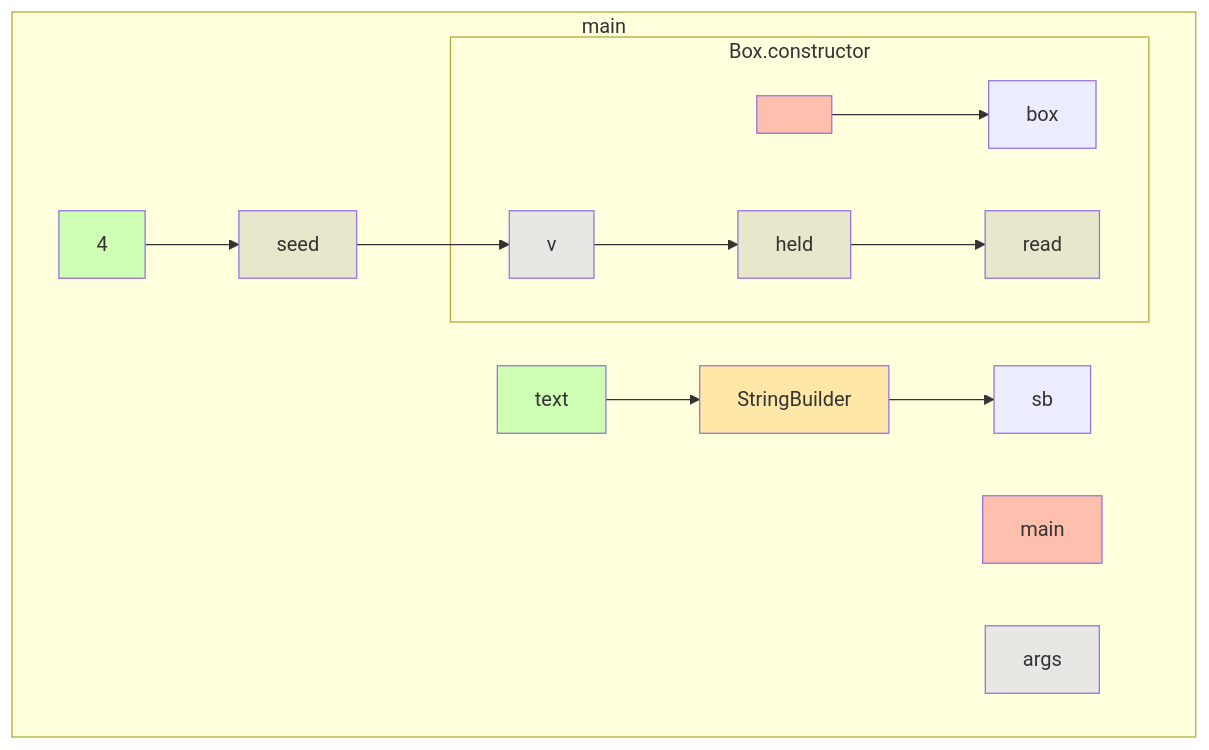
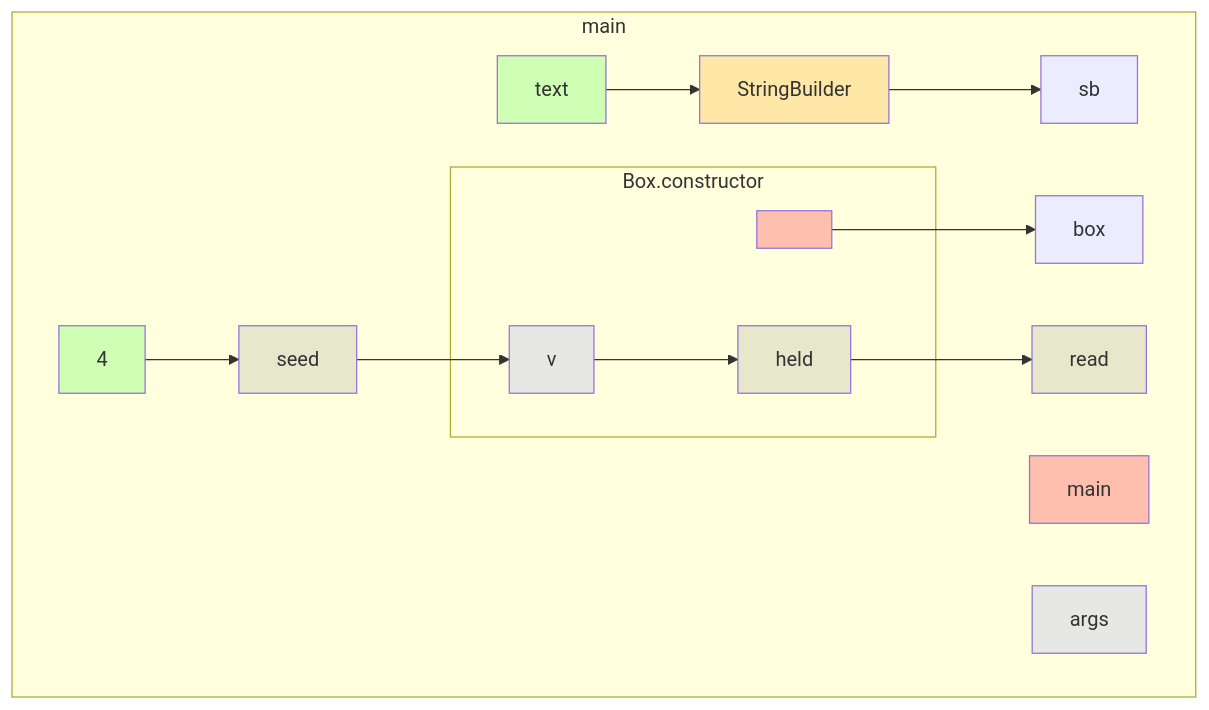
One commit to gstiebler/codeflow changed the diagram in app/src/test/resources/newObject/truth.md. Above: the diagram before and after it, drawn with Mermaid. The commit also changed 34 other files, not shown here.

````diff
--- a/app/src/test/resources/newObject/truth.md
+++ b/app/src/test/resources/newObject/truth.md
@@ -1,33 +1,33 @@
 ```mermaid
 flowchart TD
   subgraph b0["main"]
     n1[main]:::RETURN
     n2[args]:::FUNC_PARAM
     n3[4]:::LITERAL
     n4[seed]:::VARIABLE
     n9[box]:::OBJ_VARIABLE
     n10["text"]:::LITERAL
     n11[StringBuilder]:::EXTERNAL
     n12[sb]:::OBJ_VARIABLE
     n13[read]:::VARIABLE
     n3[4]:::LITERAL --> n4[seed]:::VARIABLE
     n4[seed]:::VARIABLE --> n7[v]:::FUNC_PARAM
     n10["text"]:::LITERAL --> n11[StringBuilder]:::EXTERNAL
     n11[StringBuilder]:::EXTERNAL --> n12[sb]:::OBJ_VARIABLE
+    n6[<init>]:::RETURN --> n9[box]:::OBJ_VARIABLE
+    n8[held]:::VARIABLE --> n13[read]:::VARIABLE
     subgraph b5["Box.constructor"]
       n6[<init>]:::RETURN
       n7[v]:::FUNC_PARAM
       n8[held]:::VARIABLE
-      n6[<init>]:::RETURN --> n9[box]:::OBJ_VARIABLE
       n7[v]:::FUNC_PARAM --> n8[held]:::VARIABLE
-      n8[held]:::VARIABLE --> n13[read]:::VARIABLE
     end
   end
   classDef LITERAL fill:#00FF0030
   classDef VARIABLE fill:#80808030
   classDef BIN_OP fill:#80808080
   classDef FUNC_PARAM fill:#8080FF30
   classDef RETURN fill:#FF808080
   classDef EXTERNAL fill:#FFA50040
   classDef UNMODELLED fill:#FF000030,stroke-dasharray: 4 2
 ```
````
